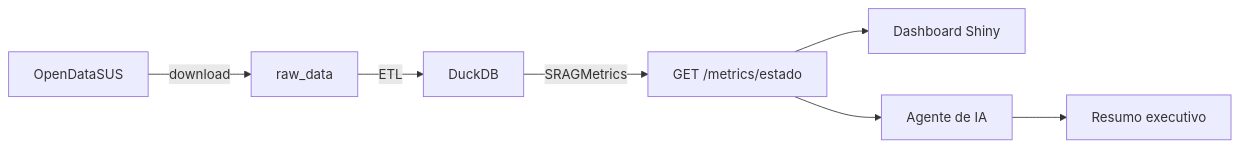
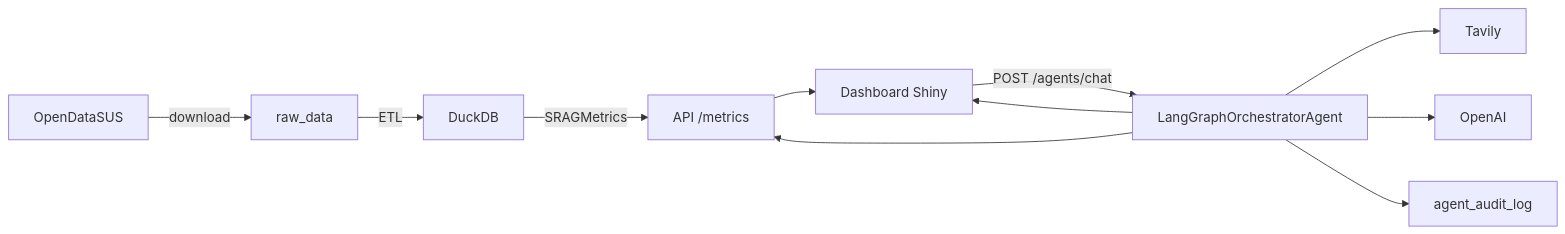
One commit to johnwsl/srag-data-health-agent-monitor changed the diagram in README.md. Above: the diagram before and after it, drawn with Mermaid. The commit also changed other lines of this file and 6 other files, not shown here.

````diff
--- a/README.md
+++ b/README.md
@@ -79,9 +80,13 @@
 ```mermaid
 flowchart LR
     A[OpenDataSUS] -->|download| B[raw_data]
     B -->|ETL| C[DuckDB]
-    C -->|SRAGMetrics| D[GET /metrics/estado]
+    C -->|SRAGMetrics| D[API /metrics]
     D --> E[Dashboard Shiny]
-    D --> F[Agente de IA]
-    F --> G[Resumo executivo]
+    E -->|POST /agents/chat| F[LangGraphOrchestratorAgent]
+    F --> D
+    F --> G[Tavily]
+    F --> H[OpenAI]
+    F --> I[agent_audit_log]
+    F --> E
 ```
````
